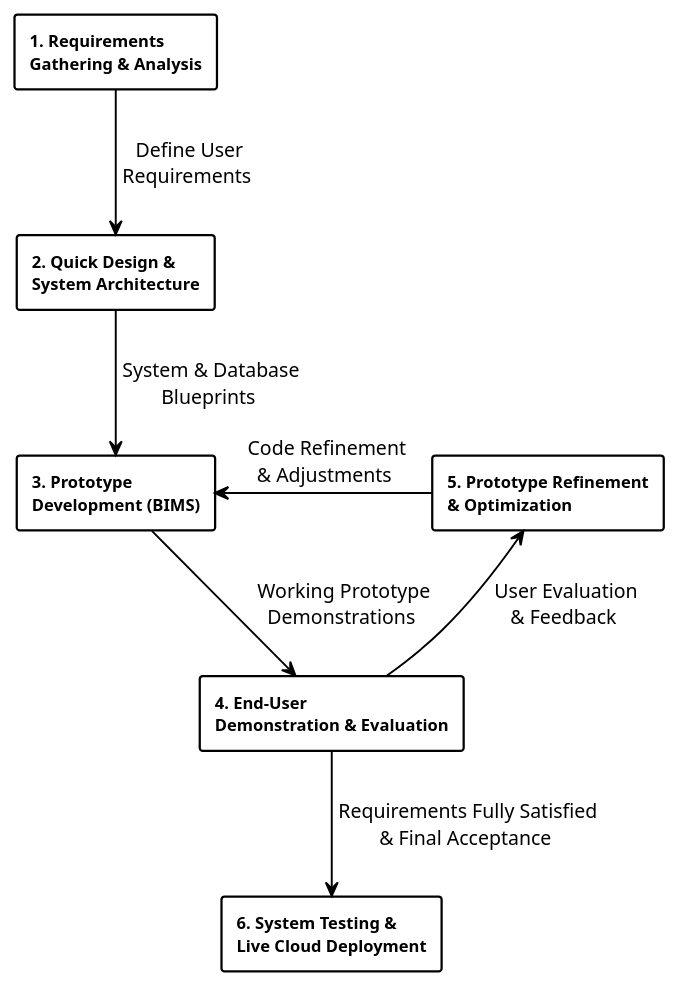
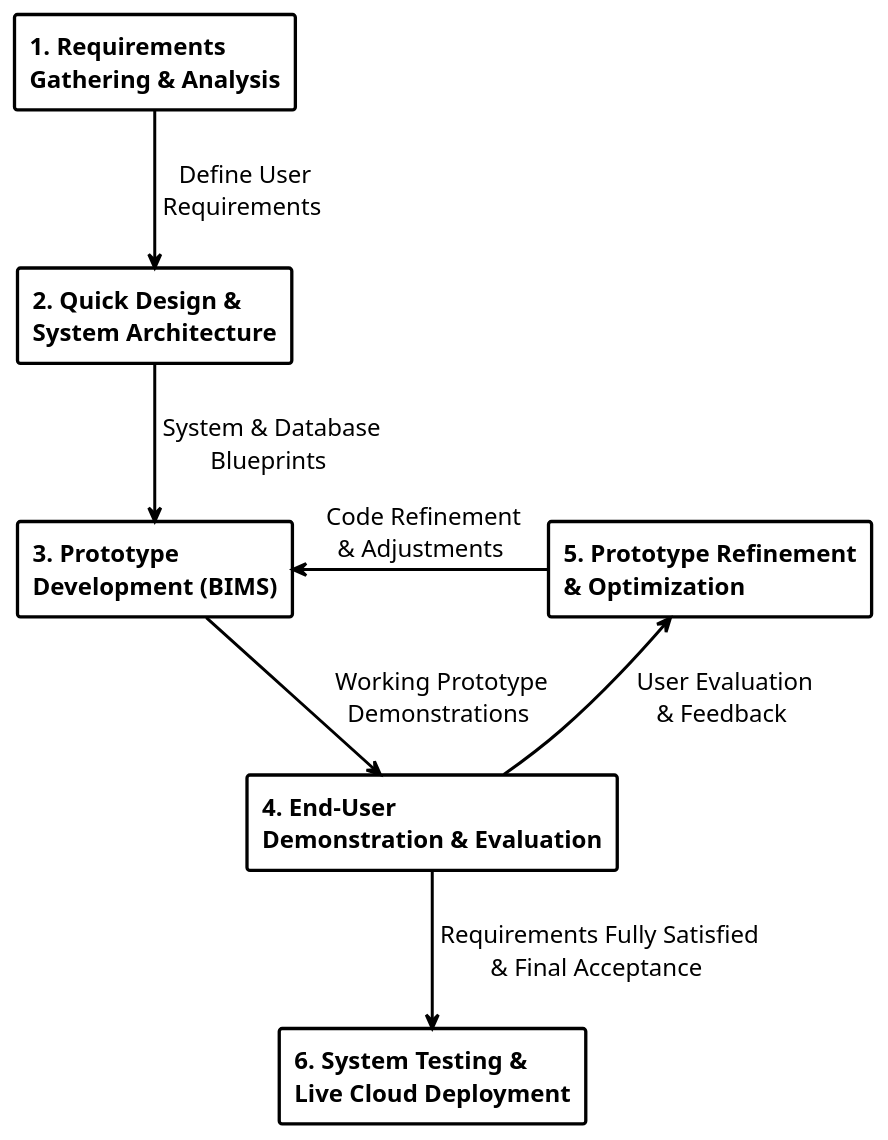
The diagram in Documentation/Diagrams/figure2_prototyping_model.puml (dreynel/bims), drawn with PlantUML before and after one commit. The commit also changed 62 other files, not shown here.

```diff
--- a/Documentation/Diagrams/figure2_prototyping_model.puml
+++ b/Documentation/Diagrams/figure2_prototyping_model.puml
@@ -1,34 +1,34 @@
 @startuml
-
 skinparam defaultFontName "Segoe UI"
+skinparam defaultFontSize 16
 skinparam shadowing false
 skinparam monochrome true
 skinparam roundCorner 4
 skinparam ArrowColor #000000
-skinparam ArrowThickness 1.3
+skinparam ArrowThickness 2.0
 skinparam DefaultFontColor #000000
 
 skinparam rectangle {
     BackgroundColor #FFFFFF
     BorderColor #000000
-    BorderThickness 1.5
+    BorderThickness 2.2
     FontColor #000000
-    FontSize 11
+    FontSize 16
     FontStyle bold
 }
 
 rectangle "1. Requirements\nGathering & Analysis" as Step1
 rectangle "2. Quick Design &\nSystem Architecture" as Step2
 rectangle "3. Prototype\nDevelopment (BIMS)" as Step3
 rectangle "4. End-User\nDemonstration & Evaluation" as Step4
 rectangle "5. Prototype Refinement\n& Optimization" as Step5
 rectangle "6. System Testing &\nLive Cloud Deployment" as Step6
 
 Step1 -down-> Step2 : " Define User\n Requirements "
 Step2 -down-> Step3 : " System & Database\n Blueprints "
 Step3 -right-> Step4 : " Working Prototype\n Demonstrations "
 Step4 -up-> Step5 : " User Evaluation\n & Feedback "
 Step5 -left-> Step3 : " Code Refinement\n & Adjustments "
 Step4 -down-> Step6 : " Requirements Fully Satisfied\n & Final Acceptance "
 
 @enduml
```
